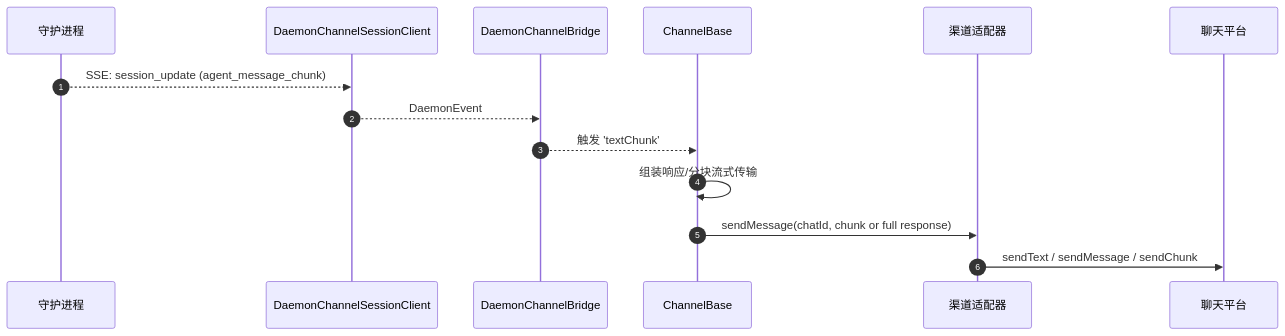
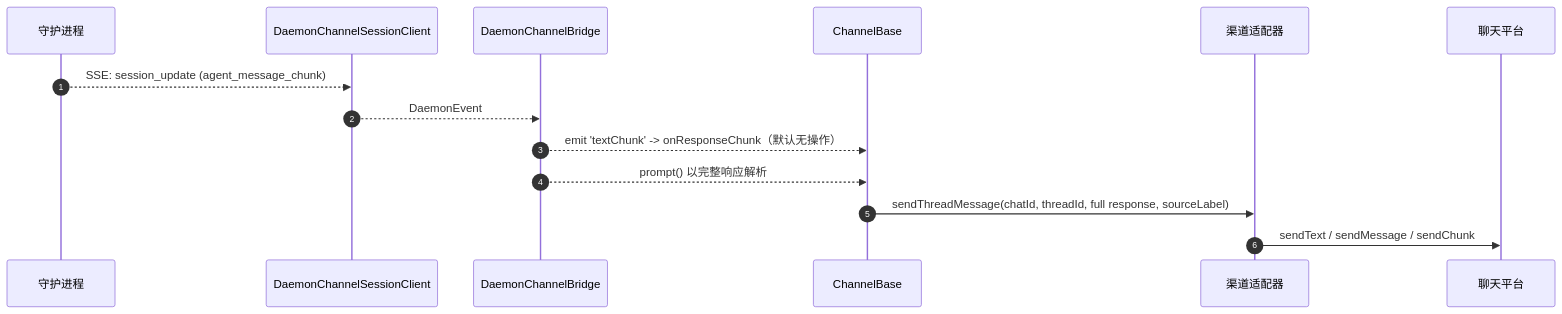
One commit to QwenLM/qwen-code-docs changed the second of 3 diagrams in website/content/zh/developers/daemon/15-channel-adapters.md. Above: the diagram before and after it, drawn with Mermaid. The commit also changed other lines of this file and 168 other files, not shown here.

````diff
--- a/website/content/zh/developers/daemon/15-channel-adapters.md
+++ b/website/content/zh/developers/daemon/15-channel-adapters.md
@@ -132,17 +132,17 @@
 ```mermaid
 sequenceDiagram
     autonumber
     participant D as 守护进程
     participant SC as DaemonChannelSessionClient
     participant BR as DaemonChannelBridge
     participant CB as ChannelBase
     participant AD as 渠道适配器
     participant CH as 聊天平台
 
     D-->>SC: SSE: session_update (agent_message_chunk)
     SC-->>BR: DaemonEvent
-    BR-->>CB: 触发 'textChunk'
-    CB->>CB: 组装响应/分块流式传输
-    CB->>AD: sendMessage(chatId, chunk or full response)
+    BR-->>CB: emit 'textChunk' -> onResponseChunk（默认无操作）
+    BR-->>CB: prompt() 以完整响应解析
+    CB->>AD: sendThreadMessage(chatId, threadId, full response, sourceLabel)
     AD->>CH: sendText / sendMessage / sendChunk
 ```
````
